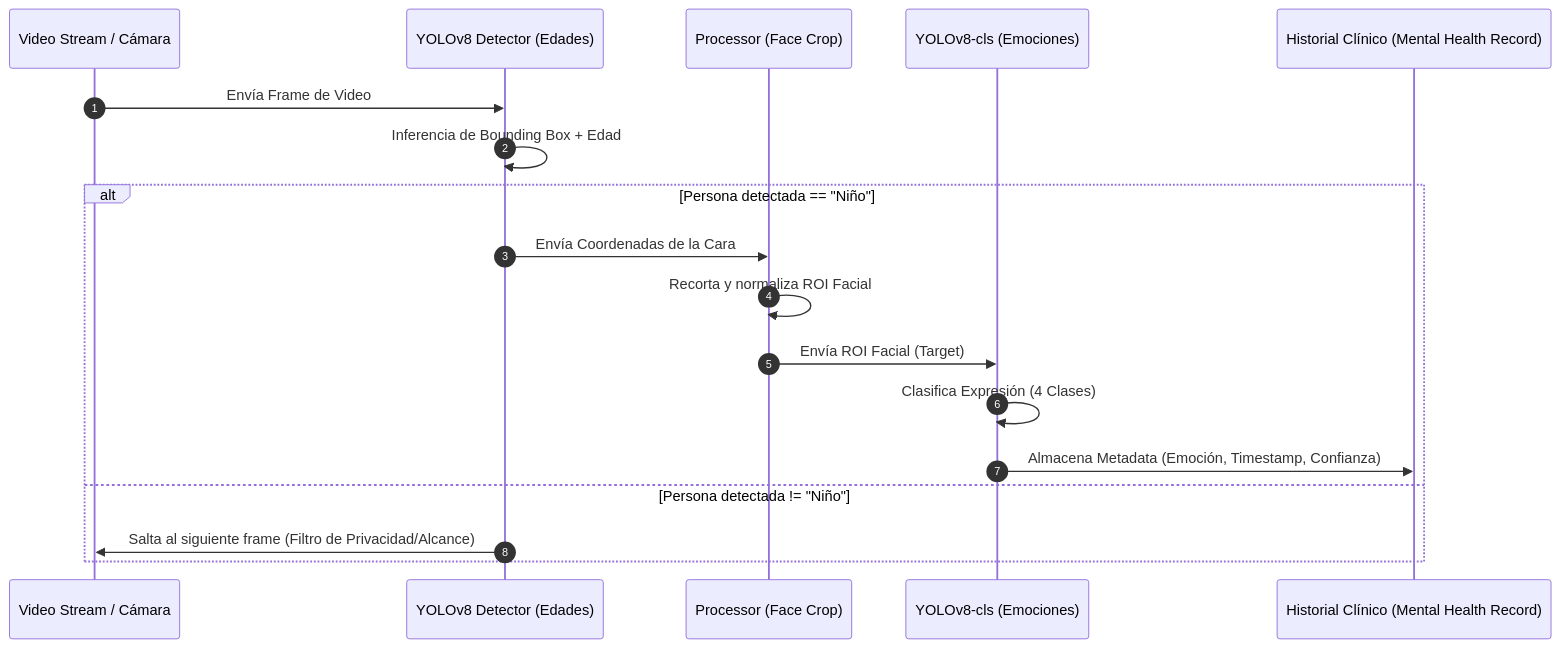
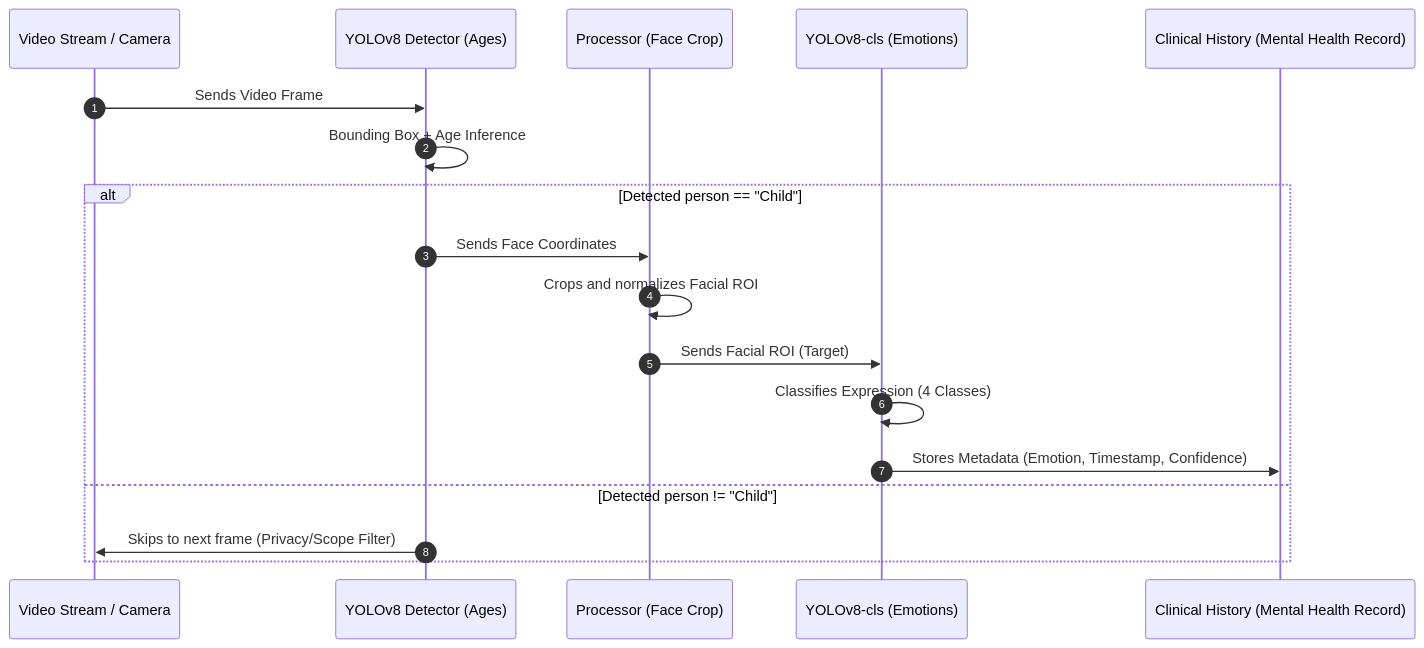
Before and after one commit to Deivs117/AI-Driven-Children-s-Emotion-Recognition: the second of 3 diagrams in README.md, drawn with Mermaid. The commit also changed other lines of this file, not shown here.

````diff
--- a/README.md
+++ b/README.md
@@ -68,22 +68,22 @@
 ```mermaid
 sequenceDiagram
     autonumber
-    participant V as Video Stream / Cámara
-    participant Y_Age as YOLOv8 Detector (Edades)
+    participant V as Video Stream / Camera
+    participant Y_Age as YOLOv8 Detector (Ages)
     participant Crop as Processor (Face Crop)
-    participant Y_Cls as YOLOv8-cls (Emociones)
-    participant DB as Historial Clínico (Mental Health Record)
+    participant Y_Cls as YOLOv8-cls (Emotions)
+    participant DB as Clinical History (Mental Health Record)
 
-    V->>Y_Age: Envía Frame de Video
-    Y_Age->>Y_Age: Inferencia de Bounding Box + Edad
-    alt Persona detectada == "Niño"
-        Y_Age->>Crop: Envía Coordenadas de la Cara
-        Crop->>Crop: Recorta y normaliza ROI Facial
-        Crop->>Y_Cls: Envía ROI Facial (Target)
-        Y_Cls->>Y_Cls: Clasifica Expresión (4 Clases)
-        Y_Cls->>DB: Almacena Metadata (Emoción, Timestamp, Confianza)
-    else Persona detectada != "Niño"
-        Y_Age->>V: Salta al siguiente frame (Filtro de Privacidad/Alcance)
+    V->>Y_Age: Sends Video Frame
+    Y_Age->>Y_Age: Bounding Box + Age Inference
+    alt Detected person == "Child"
+        Y_Age->>Crop: Sends Face Coordinates
+        Crop->>Crop: Crops and normalizes Facial ROI
+        Crop->>Y_Cls: Sends Facial ROI (Target)
+        Y_Cls->>Y_Cls: Classifies Expression (4 Classes)
+        Y_Cls->>DB: Stores Metadata (Emotion, Timestamp, Confidence)
+    else Detected person != "Child"
+        Y_Age->>V: Skips to next frame (Privacy/Scope Filter)
     end
 
 ```
````
